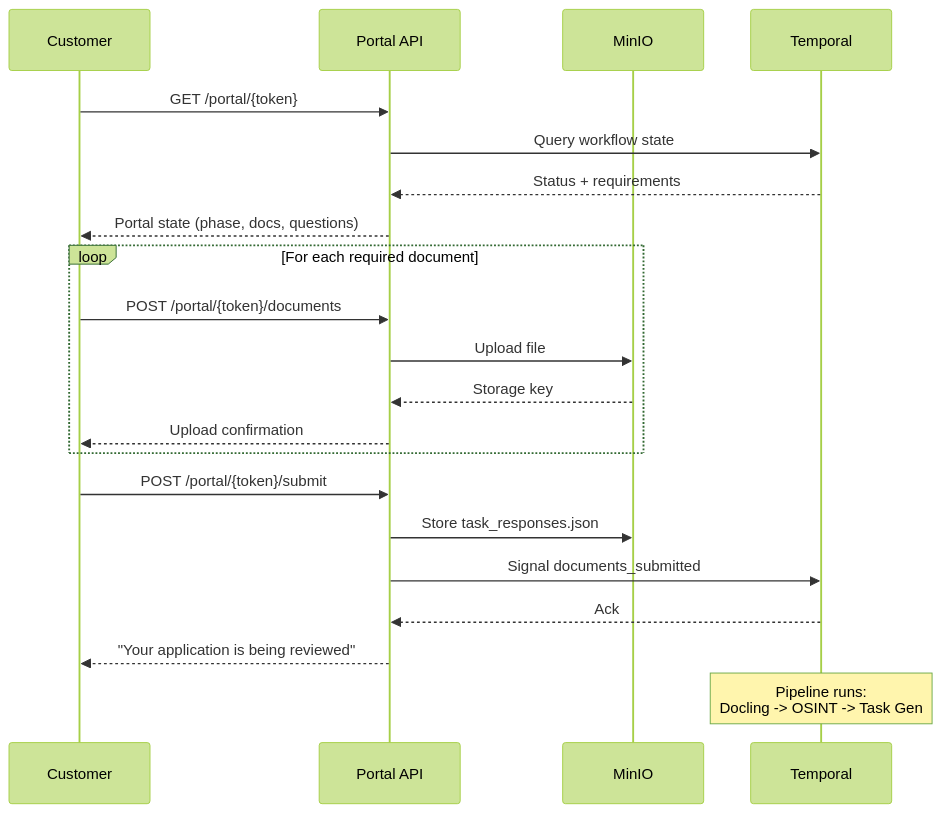
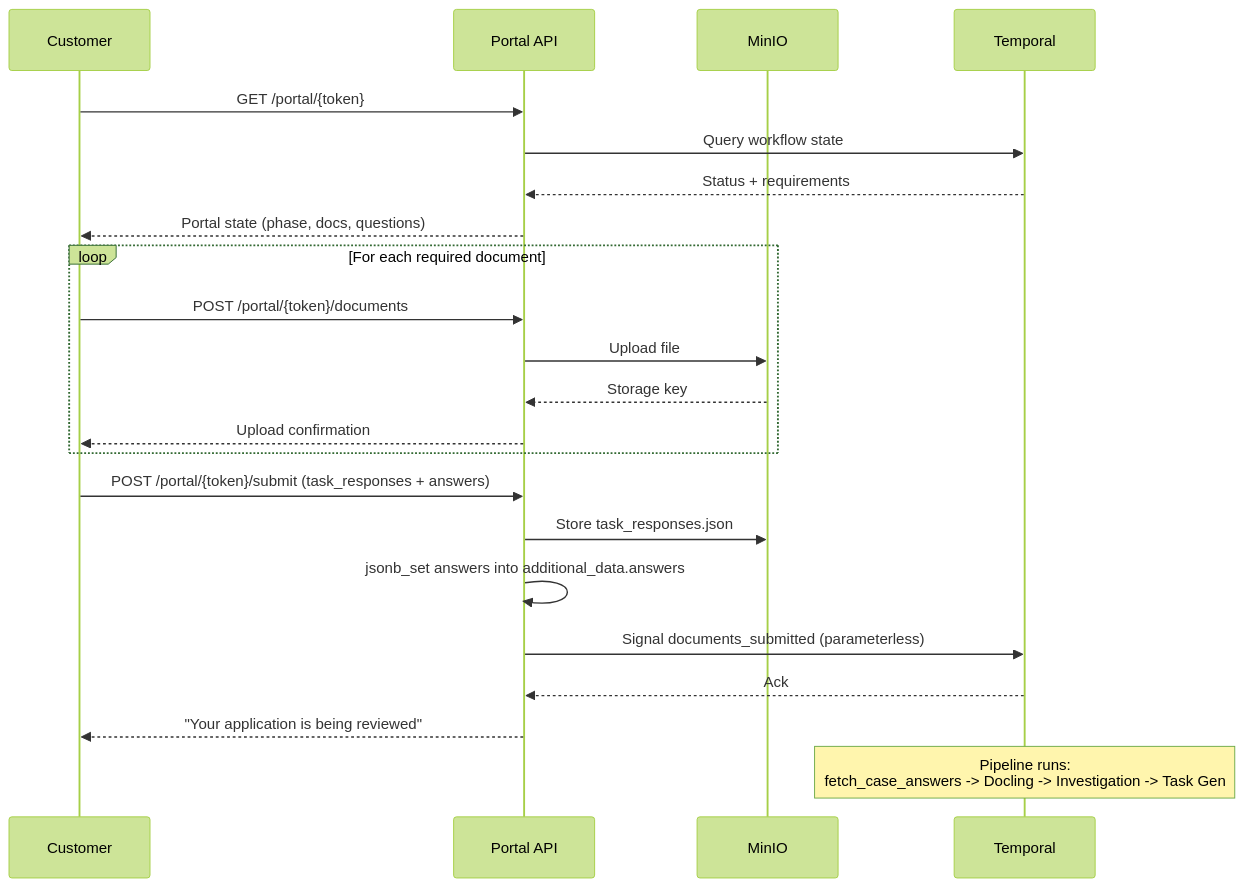
One commit to Tsunami-max/trust-relay-docs changed the diagram in docs/api/portal.md. Above: the diagram before and after it, drawn with Mermaid (forest theme). The commit also changed other lines of this file and 16 other files, not shown here.

First line of the commit message:
docs: add deployment runbook + Lex feature page + update architecture docs

````diff
--- a/docs/api/portal.md
+++ b/docs/api/portal.md
@@ -187,27 +200,28 @@
 ```mermaid
 sequenceDiagram
     participant C as Customer
     participant P as Portal API
     participant M as MinIO
     participant T as Temporal
 
     C->>P: GET /portal/{token}
     P->>T: Query workflow state
     T-->>P: Status + requirements
     P-->>C: Portal state (phase, docs, questions)
 
     loop For each required document
         C->>P: POST /portal/{token}/documents
         P->>M: Upload file
         M-->>P: Storage key
         P-->>C: Upload confirmation
     end
 
-    C->>P: POST /portal/{token}/submit
+    C->>P: POST /portal/{token}/submit (task_responses + answers)
     P->>M: Store task_responses.json
-    P->>T: Signal documents_submitted
+    P->>P: jsonb_set answers into additional_data.answers
+    P->>T: Signal documents_submitted (parameterless)
     T-->>P: Ack
     P-->>C: "Your application is being reviewed"
 
-    Note over T: Pipeline runs:<br/>Docling -> OSINT -> Task Gen
+    Note over T: Pipeline runs:<br/>fetch_case_answers -> Docling -> Investigation -> Task Gen
 ```
````
